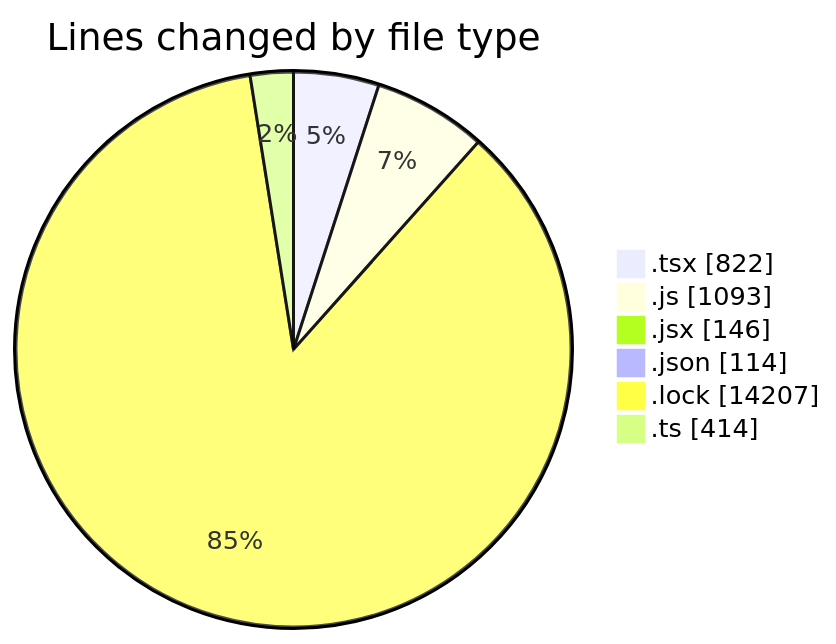
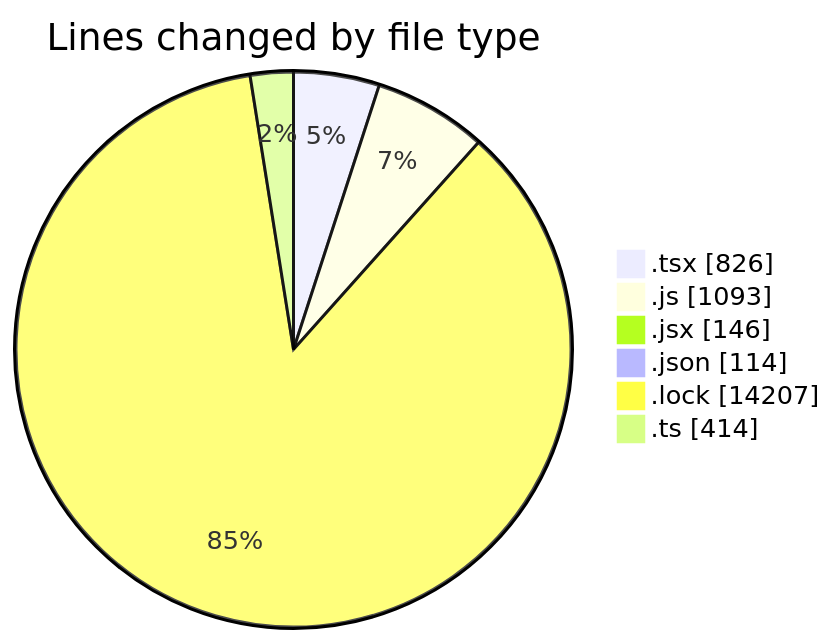
The first of 2 diagrams in 2025-05-08/cda/README.md (momahboobian/code-tracking), drawn with Mermaid before and after one commit. The commit also changed other lines of this file and 1 other file, not shown here.

````diff
--- a/2025-05-08/cda/README.md
+++ b/2025-05-08/cda/README.md
@@ -38,10 +38,10 @@
 ```mermaid
 pie showData
 title Lines changed by file type
-".tsx" : 822
+".tsx" : 826
 ".js" : 1093
 ".jsx" : 146
 ".json" : 114
 ".lock" : 14207
 ".ts" : 414
 ```
````
